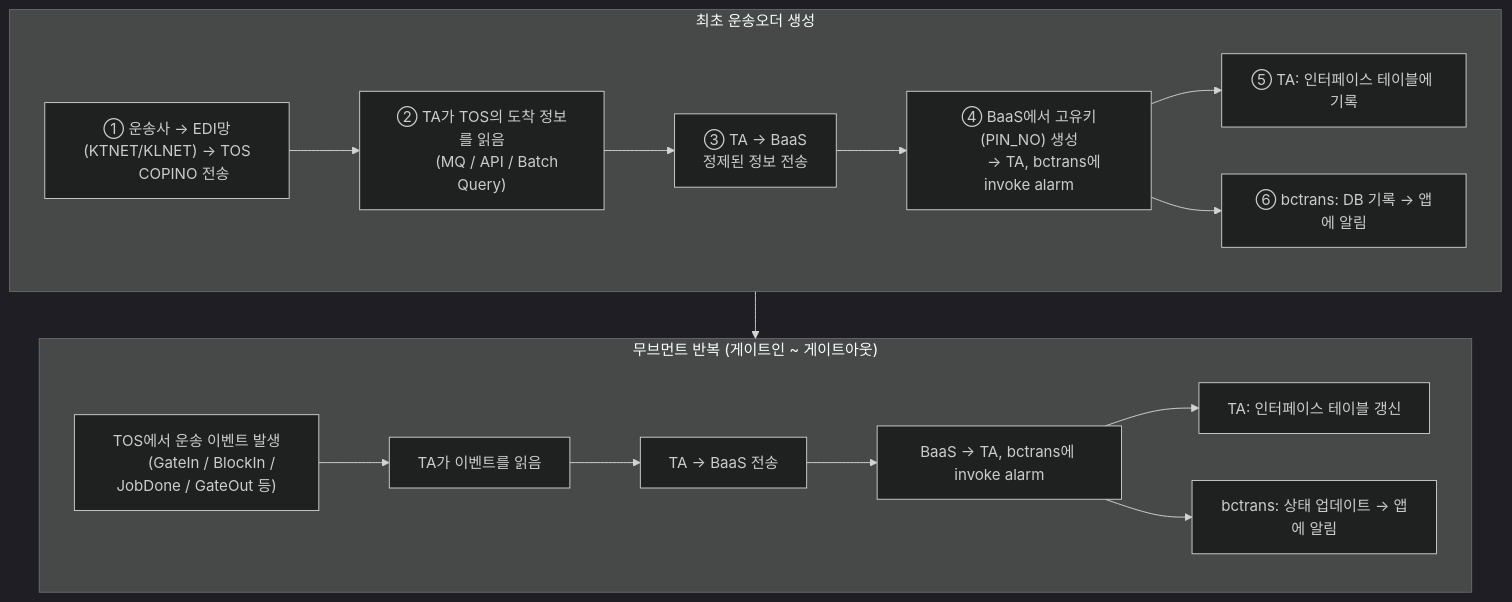
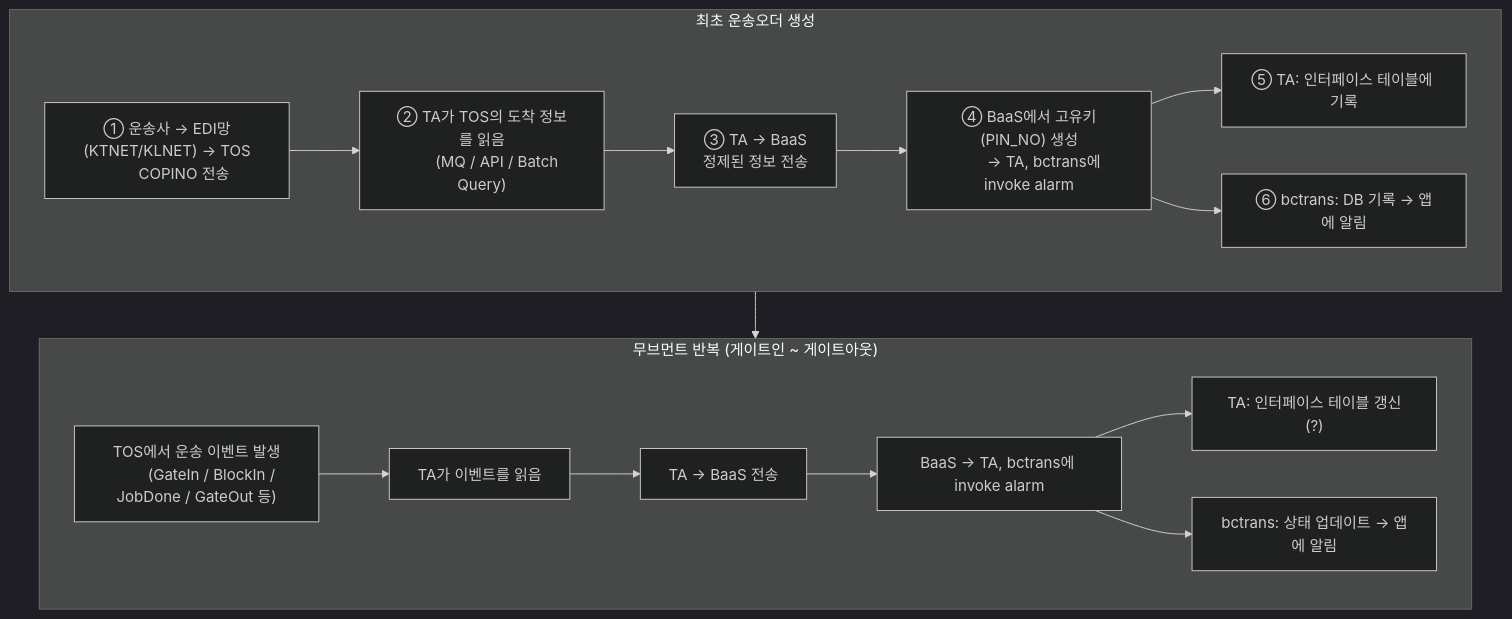
The first of 3 diagrams in 1. smartm2m/프로세스 정리/전체 흐름/인프라 오버뷰.md (leedg92/Obsidian), drawn with Mermaid before and after one commit.

Commit message:
vault backup: 2026-03-31 17:10:09

````diff
--- a/1. smartm2m/프로세스 정리/전체 흐름/인프라 오버뷰.md
+++ b/1. smartm2m/프로세스 정리/전체 흐름/인프라 오버뷰.md
@@ -53,40 +53,40 @@
 ```mermaid
 ---
 config:
   theme: dark
 ---
 
 flowchart TD
     subgraph 최초["최초 운송오더 생성"]
         A1["① 운송사 → EDI망(KTNET/KLNET) → TOS
         COPINO 전송"]
         A2["② TA가 TOS의 도착 정보를 읽음
         (MQ / API / Batch Query)"]
         A3["③ TA → BaaS
         정제된 정보 전송"]
         A4["④ BaaS에서 고유키(PIN_NO) 생성
         → TA, bctrans에 invoke alarm"]
         A5["⑤ TA: 인터페이스 테이블에 기록"]
         A6["⑥ bctrans: DB 기록 → 앱에 알림"]
 
         A1 --> A2 --> A3 --> A4
         A4 --> A5
         A4 --> A6
     end
 
     subgraph 무브먼트["무브먼트 반복 (게이트인 ~ 게이트아웃)"]
         M1["TOS에서 운송 이벤트 발생
         (GateIn / BlockIn / JobDone / GateOut 등)"]
         M2["TA가 이벤트를 읽음"]
         M3["TA → BaaS 전송"]
         M4["BaaS → TA, bctrans에 invoke alarm"]
-        M5["TA: 인터페이스 테이블 갱신"]
+        M5["TA: 인터페이스 테이블 갱신(?)"]
         M6["bctrans: 상태 업데이트 → 앱에 알림"]
 
         M1 --> M2 --> M3 --> M4
         M4 --> M5
         M4 --> M6
     end
 
     최초 --> 무브먼트
 ```
````
